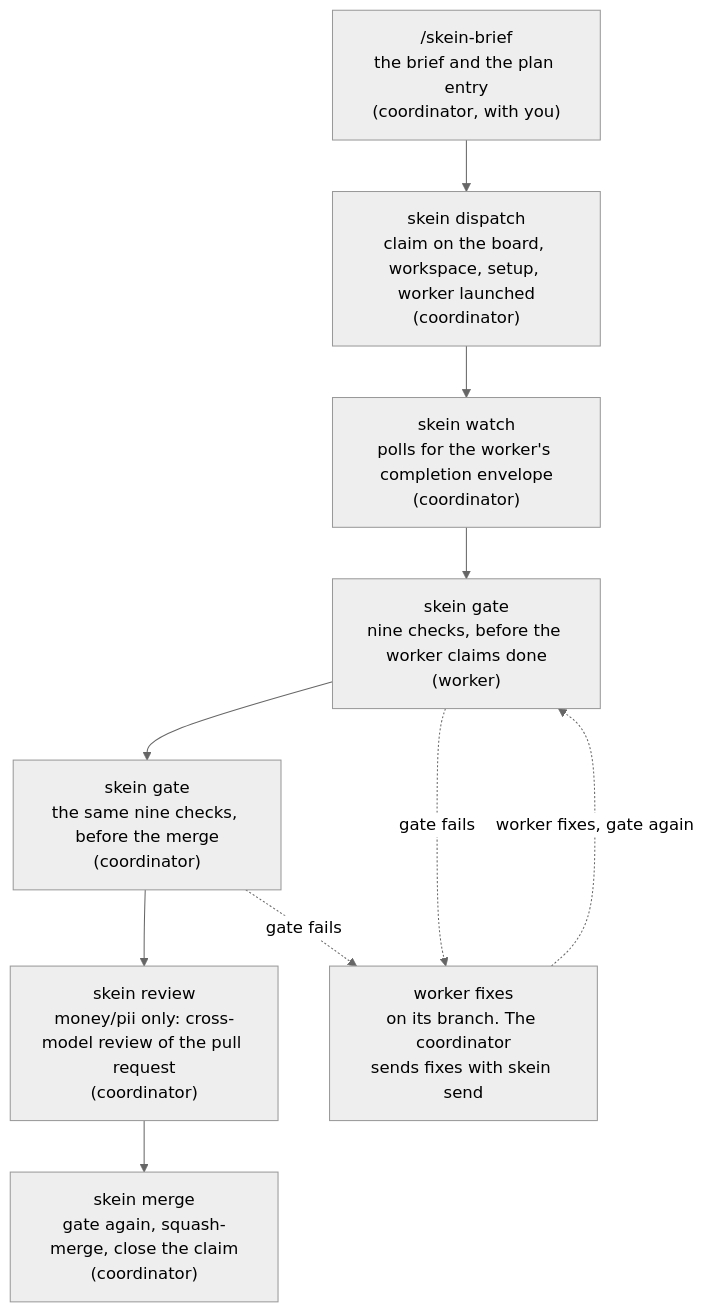
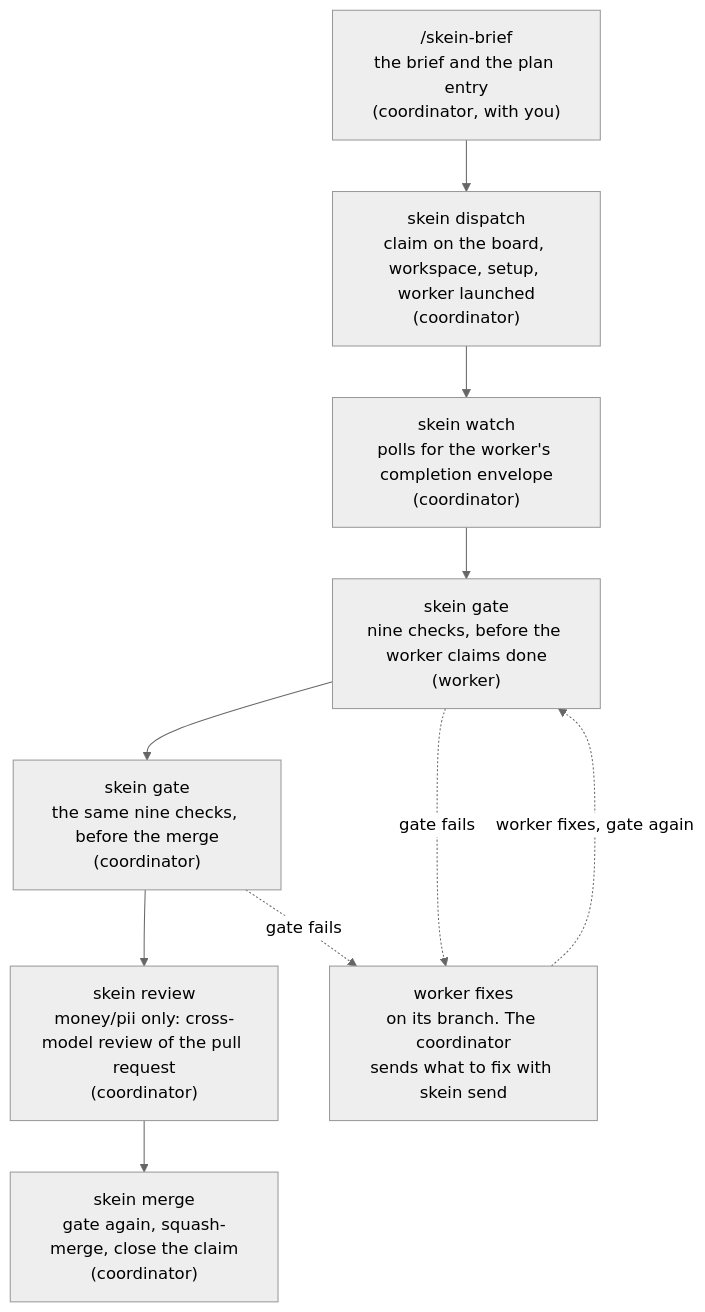
Before and after one commit to bayological/skein: the diagram in docs/assets/lifecycle.md, drawn with Mermaid (neutral theme). The commit also changed other lines of this file and 1 other file, not shown here.

First line of the commit message:
fix(assets): clearer worker fixes label and gate wording (SK-03)

````diff
--- a/docs/assets/lifecycle.md
+++ b/docs/assets/lifecycle.md
@@ -13,22 +13,22 @@
 ```mermaid
 flowchart TD
     B["/skein-brief<br/>the brief and the plan entry<br/>(coordinator, with you)"]
     D["skein dispatch<br/>claim on the board, workspace, setup, worker launched<br/>(coordinator)"]
     W["skein watch<br/>polls for the worker's completion envelope<br/>(coordinator)"]
     GW["skein gate<br/>nine checks, before the worker claims done<br/>(worker)"]
     GC["skein gate<br/>the same nine checks, before the merge<br/>(coordinator)"]
     R["skein review<br/>money/pii only: cross-model review of the pull request<br/>(coordinator)"]
     M["skein merge<br/>gate again, squash-merge, close the claim<br/>(coordinator)"]
-    F["worker fixes<br/>on its branch. The coordinator<br/>sends fixes with skein send"]
+    F["worker fixes<br/>on its branch. The coordinator<br/>sends what to fix with skein send"]
 
     B --> D
     D --> W
     W --> GW
     GW --> GC
     GC --> R
     R --> M
 
     GW -. "gate fails" .-> F
     GC -. "gate fails" .-> F
     F -. "worker fixes, gate again" .-> GW
 ```
````
